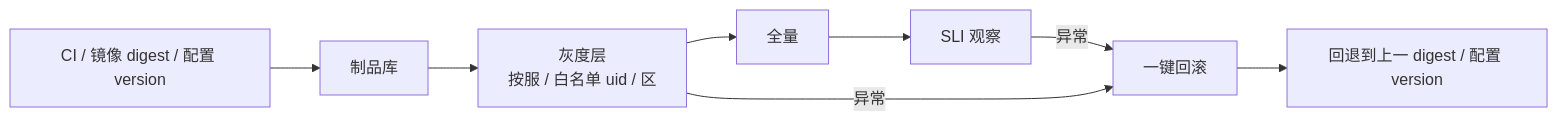
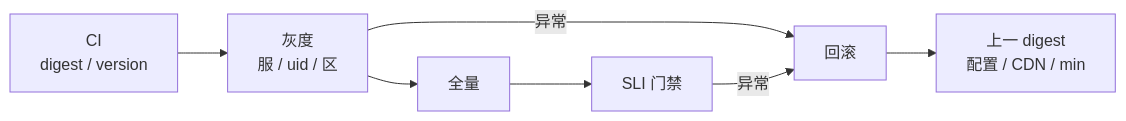
The sixth of 7 diagrams in 10-面试综合与系统设计/03-游戏SRE系统设计实战/知识点.md (ml-cuizijun/LearnToLilith), drawn with Mermaid before and after one commit. The commit also changed other lines of this file and 178 other files, not shown here.

````diff
--- a/10-面试综合与系统设计/03-游戏SRE系统设计实战/知识点.md
+++ b/10-面试综合与系统设计/03-游戏SRE系统设计实战/知识点.md
@@ -467,10 +328,9 @@
 ```mermaid
 flowchart LR
-    CI["CI / 镜像 digest / 配置 version"] --> REG["制品库"]
-    REG --> CAN["灰度层<br/>按服 / 白名单 uid / 区"]
+    CI["CI<br/>digest / version"] --> CAN["灰度<br/>服 / uid / 区"]
     CAN --> FULL["全量"]
-    FULL --> MON["SLI 观察"]
-    MON -->|异常| ROLL["一键回滚"]
-    CAN -->|异常| ROLL
-    ROLL --> REG2["回退到上一 digest / 配置 version"]
+    FULL --> MON["SLI 门禁"]
+    CAN -->|异常| ROLL["回滚"]
+    MON -->|异常| ROLL
+    ROLL --> OLD["上一 digest<br/>配置 / CDN / min"]
 ```
````
